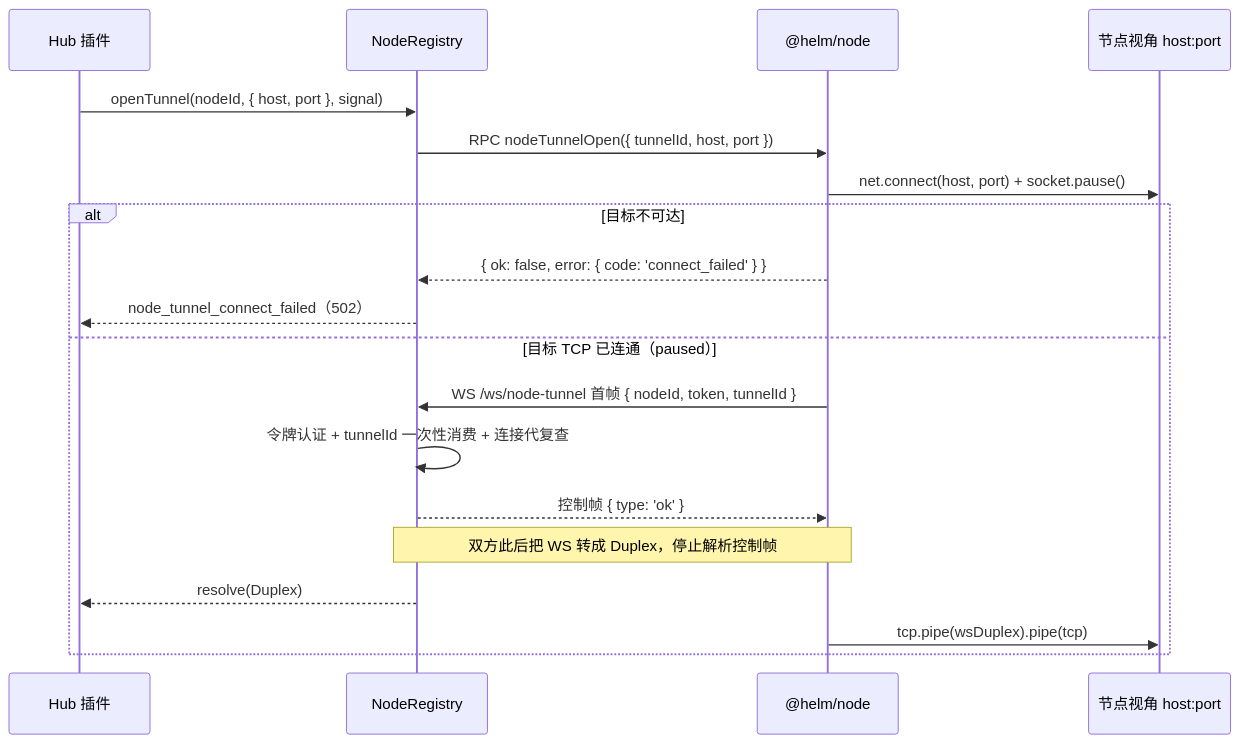
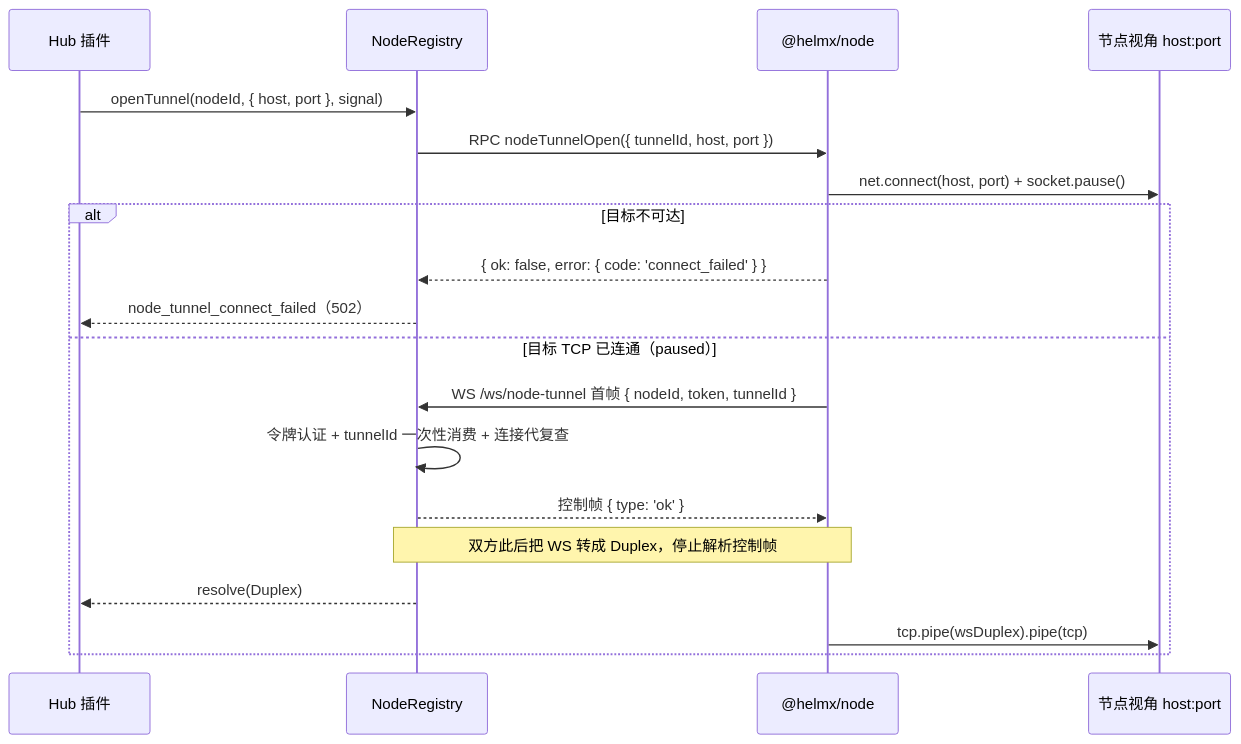
Before and after one commit to team4u/helm: the third of 4 diagrams in docs/architecture/envfabric.md, drawn with Mermaid. The commit also changed other lines of this file and 34 other files, not shown here.

````diff
--- a/docs/architecture/envfabric.md
+++ b/docs/architecture/envfabric.md
@@ -127,22 +127,22 @@
 ```mermaid
 sequenceDiagram
     participant Caller as Hub 插件
     participant Registry as NodeRegistry
-    participant Daemon as @helm/node
+    participant Daemon as @helmx/node
     participant Target as 节点视角 host:port
 
     Caller->>Registry: openTunnel(nodeId, { host, port }, signal)
     Registry->>Daemon: RPC nodeTunnelOpen({ tunnelId, host, port })
     Daemon->>Target: net.connect(host, port) + socket.pause()
     alt 目标不可达
         Daemon-->>Registry: { ok: false, error: { code: 'connect_failed' } }
         Registry-->>Caller: node_tunnel_connect_failed（502）
     else 目标 TCP 已连通（paused）
         Daemon->>Registry: WS /ws/node-tunnel 首帧 { nodeId, token, tunnelId }
         Registry->>Registry: 令牌认证 + tunnelId 一次性消费 + 连接代复查
         Registry-->>Daemon: 控制帧 { type: 'ok' }
         Note over Registry,Daemon: 双方此后把 WS 转成 Duplex，停止解析控制帧
         Registry-->>Caller: resolve(Duplex)
         Daemon->>Target: tcp.pipe(wsDuplex).pipe(tcp)
     end
 ```
````
